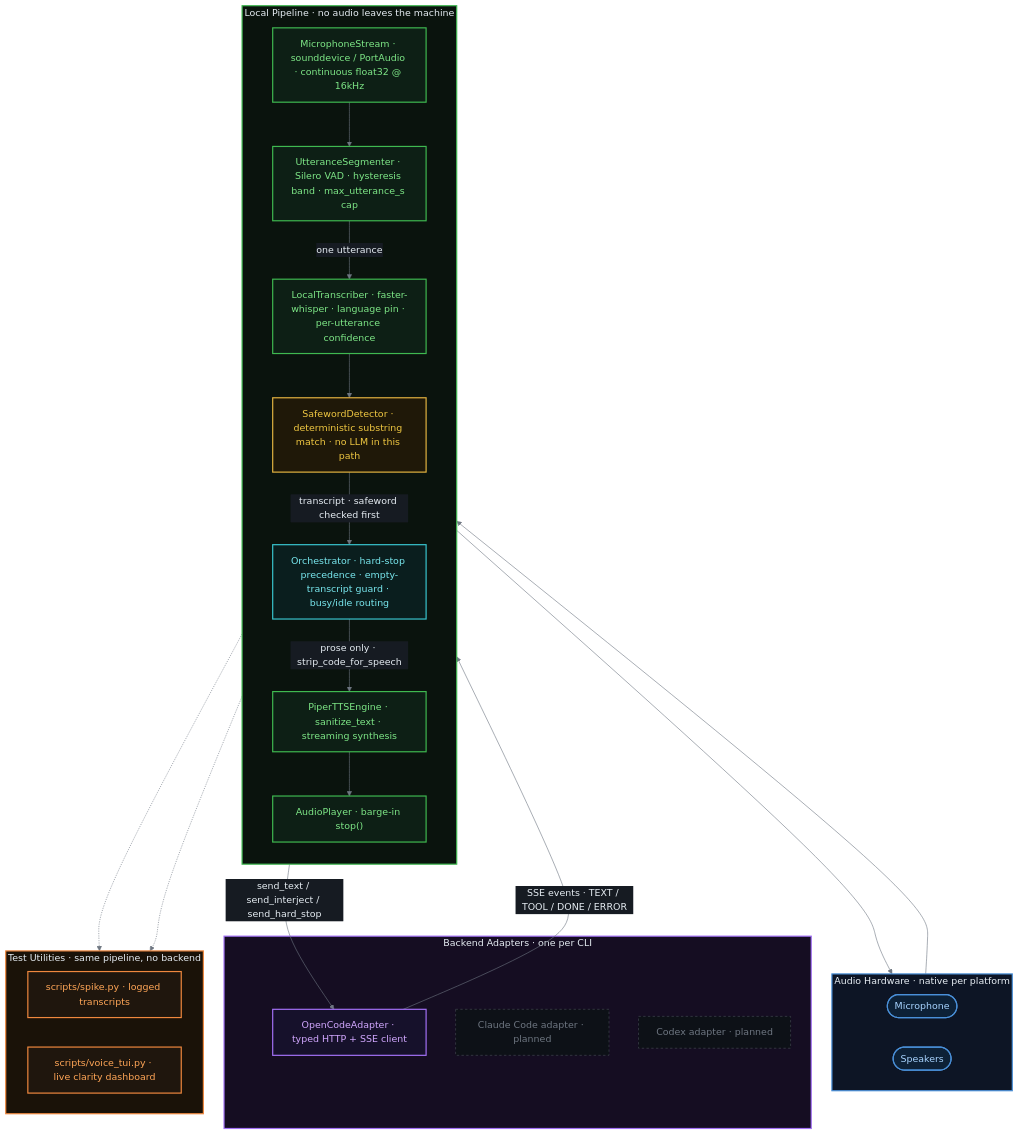
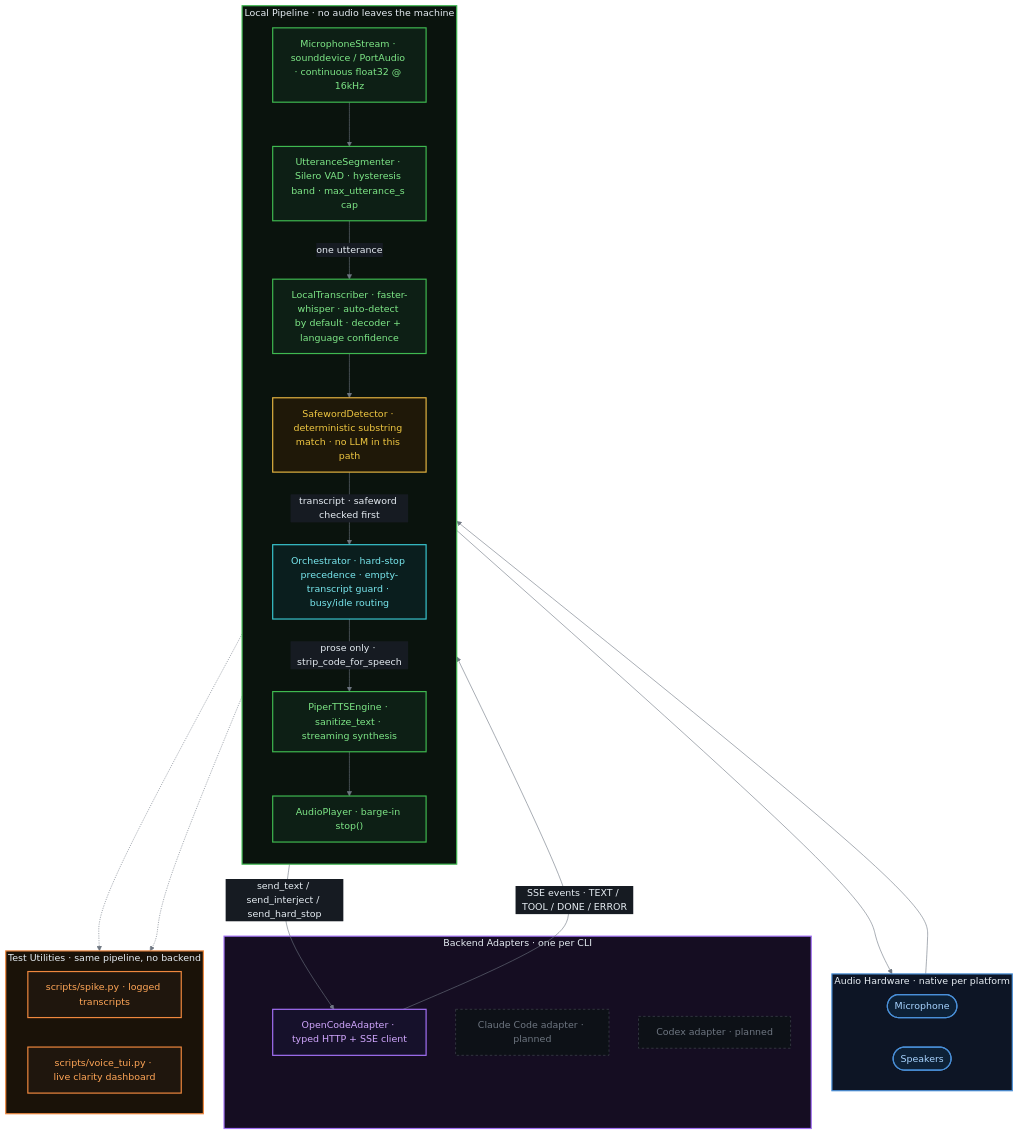
Before and after one commit to LegionForge/convobox: the first of 2 diagrams in README.md, drawn with Mermaid. The commit also changed 5 other files, not shown here.

````diff
--- a/README.md
+++ b/README.md
@@ -49,53 +49,53 @@
 ```mermaid
 %%{init: {'theme': 'base', 'themeVariables': {'background': '#0d1117', 'mainBkg': '#161b22', 'primaryColor': '#1c2938', 'primaryBorderColor': '#30363d', 'primaryTextColor': '#e6edf3', 'lineColor': '#6e7681', 'clusterBkg': '#161b22', 'clusterBorder': '#30363d', 'edgeLabelBackground': '#161b22', 'titleColor': '#e6edf3'}}}%%
 flowchart TB
     classDef hw       fill:#0d2137,stroke:#4a90d9,stroke-width:2px,color:#a8d4ff
     classDef pipeline fill:#0d1f15,stroke:#3fb950,stroke-width:2px,color:#7ee787
     classDef routing  fill:#0a1e1e,stroke:#39c5cf,stroke-width:2px,color:#79e8ef
     classDef safety   fill:#1f1808,stroke:#e3b341,stroke-width:2px,color:#f0c842
     classDef backend  fill:#16112b,stroke:#a371f7,stroke-width:2px,color:#d2a8ff
     classDef tool     fill:#1f160d,stroke:#f0883e,stroke-width:2px,color:#ffa657
     classDef future   fill:#0d1117,stroke:#484f58,stroke-width:1px,stroke-dasharray:4 4,color:#6e7681
 
     subgraph HW["Audio Hardware · native per platform"]
         direction LR
         MIC(["Microphone"]):::hw
         SPK(["Speakers"]):::hw
     end
 
     subgraph LOCAL["Local Pipeline · no audio leaves the machine"]
         direction TB
         CAP["MicrophoneStream · sounddevice / PortAudio · continuous float32 @ 16kHz"]:::pipeline
         VAD["UtteranceSegmenter · Silero VAD · hysteresis band · max_utterance_s cap"]:::pipeline
-        STT["LocalTranscriber · faster-whisper · language pin · per-utterance confidence"]:::pipeline
+        STT["LocalTranscriber · faster-whisper · auto-detect by default · decoder + language confidence"]:::pipeline
         SW["SafewordDetector · deterministic substring match · no LLM in this path"]:::safety
         ORCH["Orchestrator · hard-stop precedence · empty-transcript guard · busy/idle routing"]:::routing
         TTS["PiperTTSEngine · sanitize_text · streaming synthesis"]:::pipeline
         PLAY["AudioPlayer · barge-in stop()"]:::pipeline
     end
 
     subgraph ADAPTERS["Backend Adapters · one per CLI"]
         OC["OpenCodeAdapter · typed HTTP + SSE client"]:::backend
         CC["Claude Code adapter · planned"]:::future
         CX["Codex adapter · planned"]:::future
     end
 
     subgraph TOOLS["Test Utilities · same pipeline, no backend"]
         direction LR
         SPIKE["scripts/spike.py · logged transcripts"]:::tool
         TUI["scripts/voice_tui.py · live clarity dashboard"]:::tool
     end
 
     MIC --> CAP --> VAD -->|"one utterance"| STT --> SW
     SW -->|"transcript · safeword checked first"| ORCH
     ORCH -->|"send_text / send_interject / send_hard_stop"| OC
     OC -->|"SSE events · TEXT / TOOL / DONE / ERROR"| ORCH
     ORCH -->|"prose only · strip_code_for_speech"| TTS --> PLAY --> SPK
     SW -.-> SPIKE
     SW -.-> TUI
 
     style HW fill:#0d1525,stroke:#4a90d9,stroke-width:2px,color:#e6edf3
     style LOCAL fill:#0a130d,stroke:#3fb950,stroke-width:2px,color:#e6edf3
     style ADAPTERS fill:#150d22,stroke:#a371f7,stroke-width:2px,color:#e6edf3
     style TOOLS fill:#1a1208,stroke:#f0883e,stroke-width:2px,color:#e6edf3
 ```
````
